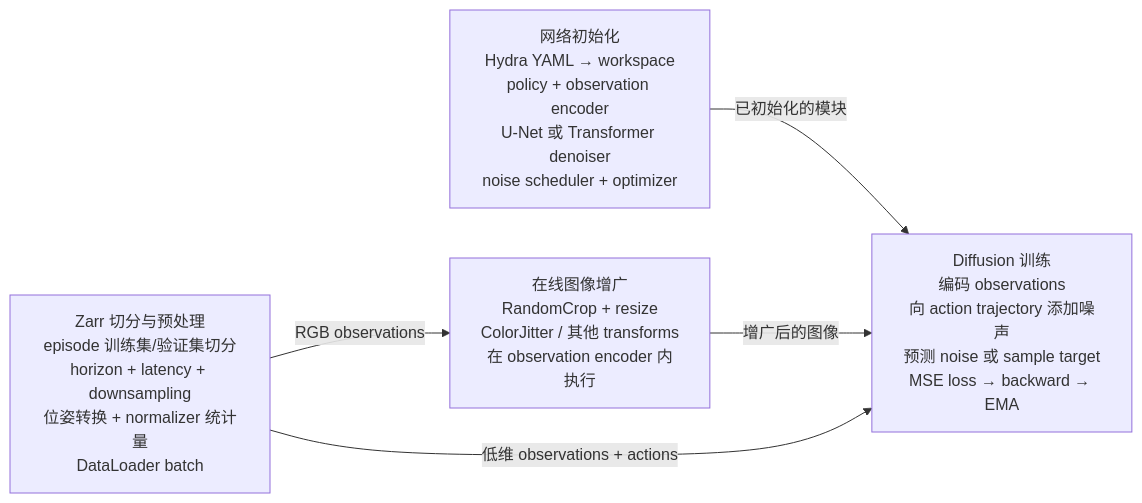
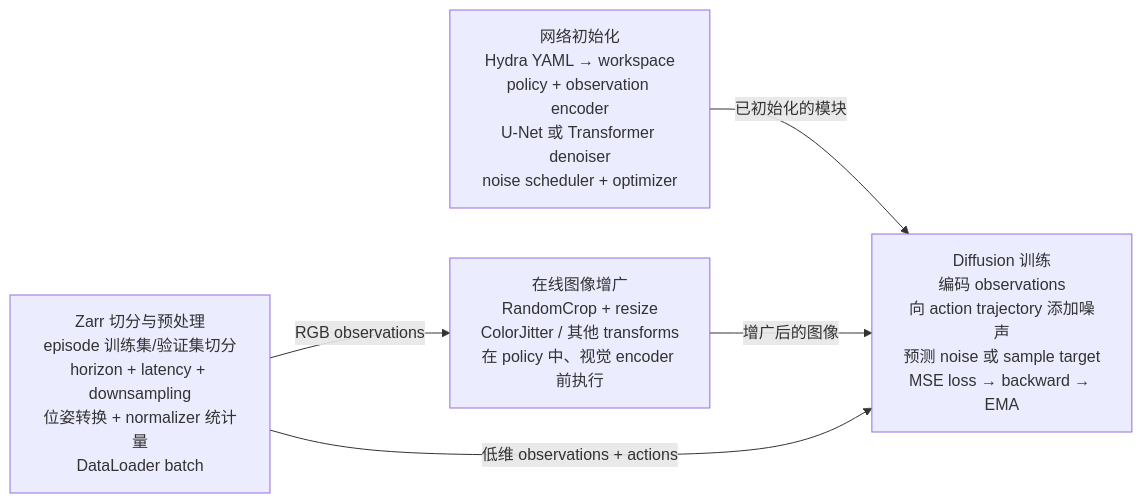
One commit to MATH-286-Pro/umi-mini changed the diagram in README.md. Above: the diagram before and after it, drawn with Mermaid. The commit also changed other lines of this file and 15 other files, not shown here.

````diff
--- a/README.md
+++ b/README.md
@@ -99,12 +99,12 @@
 ```mermaid
 flowchart LR
     N["网络初始化<br/>Hydra YAML → workspace<br/>policy + observation encoder<br/>U-Net 或 Transformer denoiser<br/>noise scheduler + optimizer"]
     Z["Zarr 切分与预处理<br/>episode 训练集/验证集切分<br/>horizon + latency + downsampling<br/>位姿转换 + normalizer 统计量<br/>DataLoader batch"]
-    A["在线图像增广<br/>RandomCrop + resize<br/>ColorJitter / 其他 transforms<br/>在 observation encoder 内执行"]
+    A["在线图像增广<br/>RandomCrop + resize<br/>ColorJitter / 其他 transforms<br/>在 policy 中、视觉 encoder 前执行"]
     T["Diffusion 训练<br/>编码 observations<br/>向 action trajectory 添加噪声<br/>预测 noise 或 sample target<br/>MSE loss → backward → EMA"]
 
     N -->|已初始化的模块| T
     Z -->|RGB observations| A
     A -->|增广后的图像| T
     Z -->|低维 observations + actions| T
 ```
````
